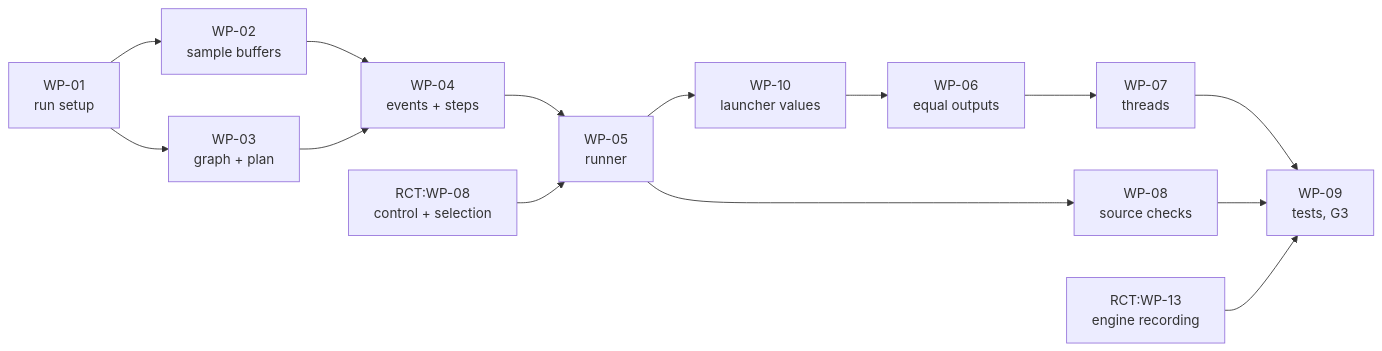
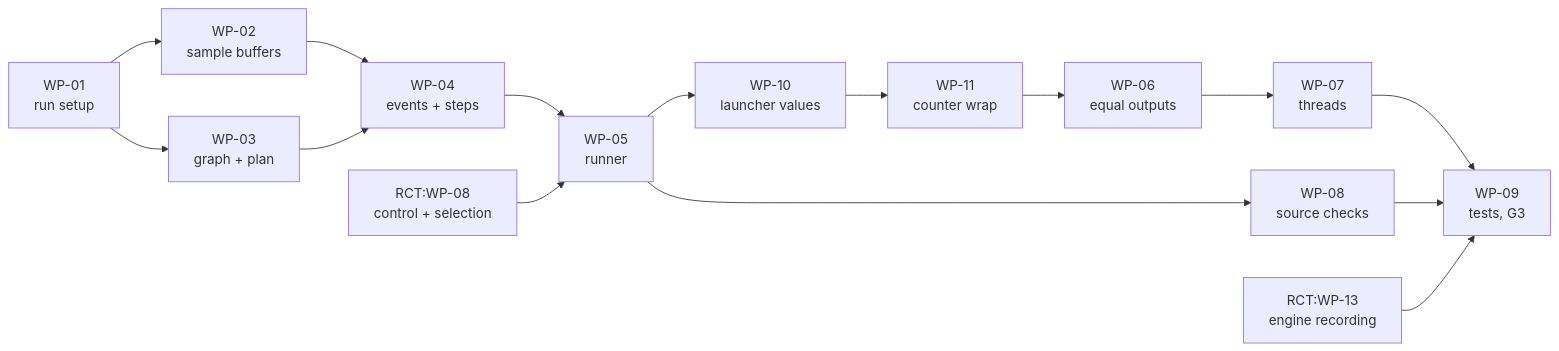
Before and after one commit to Pavan-karimajji/vantage: the diagram in docs/VANTAGE_Implementation_Design.md, drawn with Mermaid. The commit also changed other lines of this file and 4 other files, not shown here.

Commit message:
docs(vantage): the measurement_counter wrap (D24) -- SYS-0049/0050, SYT-SEL-12, SYT-ORC-12, WP-11 (IMP-0053..0055), LAB-WP-11 (LAB-64..67); design-row notes

````diff
--- a/docs/VANTAGE_Implementation_Design.md
+++ b/docs/VANTAGE_Implementation_Design.md
@@ -72,16 +71,17 @@
 ```mermaid
 flowchart LR
     WP01["WP-01<br/>run setup"] --> WP02["WP-02<br/>sample buffers"]
     WP01 --> WP03["WP-03<br/>graph + plan"]
     WP02 --> WP04["WP-04<br/>events + steps"]
     WP03 --> WP04
     WP04 --> WP05["WP-05<br/>runner"]
     RCT8["RCT:WP-08<br/>control + selection"] --> WP05
     WP05 --> WP10["WP-10<br/>launcher values"]
-    WP10 --> WP06["WP-06<br/>equal outputs"]
+    WP10 --> WP11["WP-11<br/>counter wrap"]
+    WP11 --> WP06["WP-06<br/>equal outputs"]
     WP06 --> WP07["WP-07<br/>threads"]
     WP05 --> WP08["WP-08<br/>source checks"]
     WP07 --> WP09["WP-09<br/>tests, G3"]
     WP08 --> WP09
     RCT13["RCT:WP-13<br/>engine recording"] --> WP09
 ```
````
